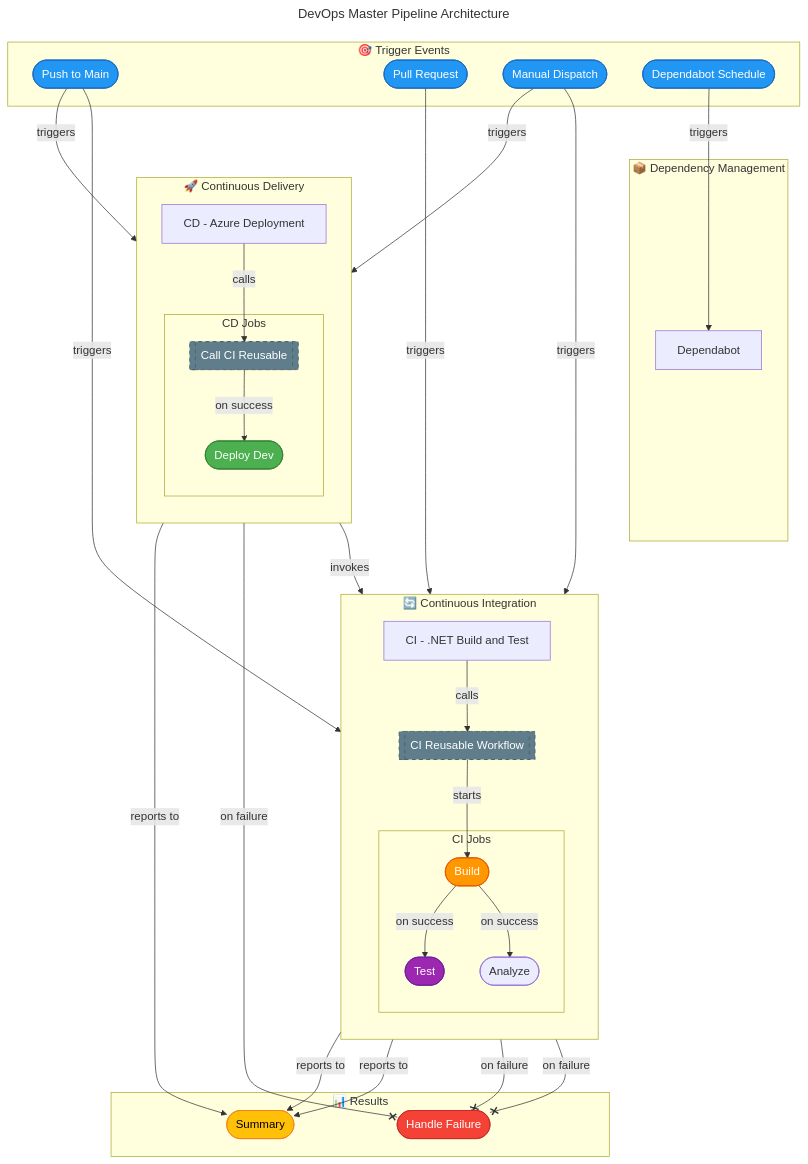
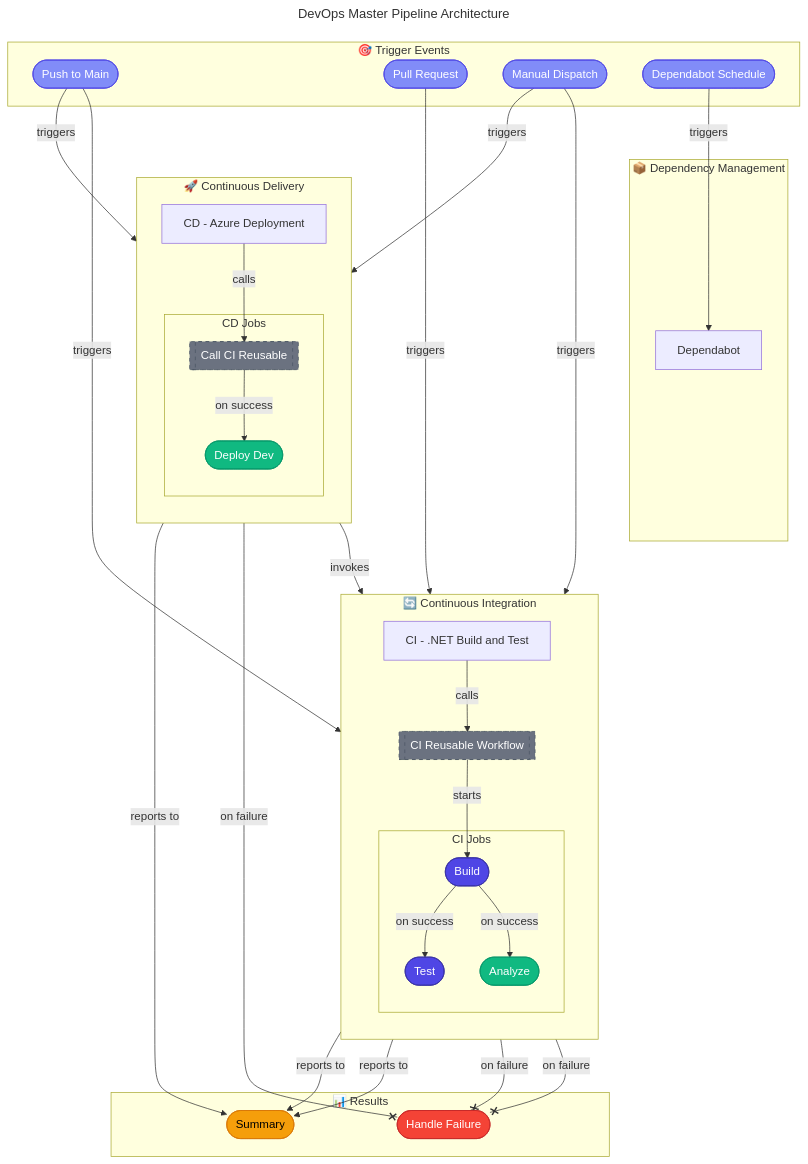
The diagram in docs/devops/README.md (Evilazaro/Azure-LogicApps-Monitoring), drawn with Mermaid before and after one commit. The commit also changed 3 other files, not shown here.

Commit message:
docs: Update diagram styling definitions for improved clarity and consistency across DevOps documentation

````diff
--- a/docs/devops/README.md
+++ b/docs/devops/README.md
@@ -107,27 +107,24 @@
     deploy --x|on failure| failure_handler
 
     %% ===== STYLING DEFINITIONS =====
-    %% Triggers: Blue - entry points
-    classDef trigger fill:#2196F3,stroke:#1565C0,color:#FFFFFF
-    %% Build steps: Orange - compilation
-    classDef build fill:#FF9800,stroke:#E65100,color:#FFFFFF
-    %% Test steps: Purple - testing
-    classDef test fill:#9C27B0,stroke:#6A1B9A,color:#FFFFFF
-    %% Deploy steps: Green - deployment
-    classDef deploy fill:#4CAF50,stroke:#2E7D32,color:#FFFFFF
-    %% Reusable workflows: Gray dashed - external calls
-    classDef reusable fill:#607D8B,stroke:#455A64,color:#FFFFFF,stroke-dasharray: 5 5
-    %% Failed states: Red - error handling
+    %% Primary components: Indigo - main processes/services
+    classDef primary fill:#4F46E5,stroke:#3730A3,color:#FFFFFF
+    %% Secondary components: Emerald - secondary elements
+    classDef secondary fill:#10B981,stroke:#059669,color:#FFFFFF
+    %% External systems: Gray - reusable/external calls
+    classDef external fill:#6B7280,stroke:#4B5563,color:#FFFFFF,stroke-dasharray: 5 5
+    %% Error/failure states: Red - error handling
     classDef failed fill:#F44336,stroke:#C62828,color:#FFFFFF
-    %% Summary: Yellow - reporting
-    classDef summary fill:#FFC107,stroke:#F57F17,color:#000000
+    %% Triggers: Indigo light - entry points
+    classDef trigger fill:#818CF8,stroke:#4F46E5,color:#FFFFFF
+    %% Data stores: Amber - reporting
+    classDef datastore fill:#F59E0B,stroke:#D97706,color:#000000
 
     %% Apply styles to nodes
     class push,pr,manual,schedule trigger
-    class build build
-    class test test
-    class deploy deploy
-    class ci_reusable,ci_call reusable
+    class build,test primary
+    class deploy,analyze secondary
+    class ci_reusable,ci_call external
     class failure_handler failed
-    class summary_job summary
+    class summary_job datastore
 ```
````
